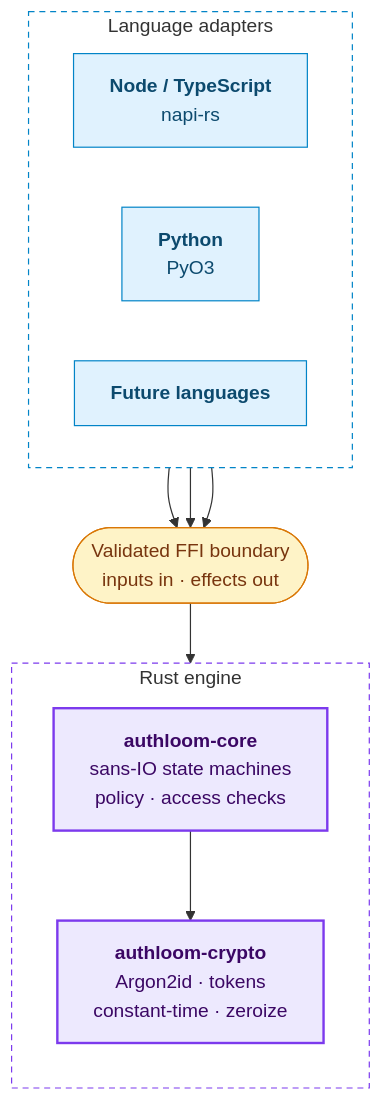
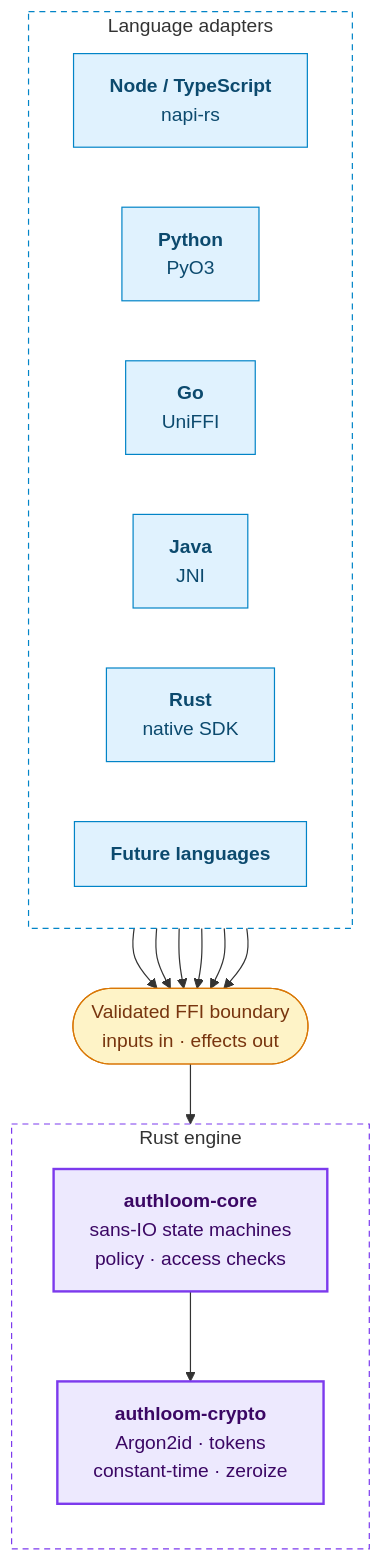
One commit to authfil/auth-fil changed the first of 2 diagrams in docs/src/content/docs/guides/architecture.md. Above: the diagram before and after it, drawn with Mermaid. The commit also changed other lines of this file and 3 other files, not shown here.

First line of the commit message:
docs: mention the go, java and rust adapters

````diff
--- a/docs/src/content/docs/guides/architecture.md
+++ b/docs/src/content/docs/guides/architecture.md
@@ -6,29 +6,32 @@
 ```mermaid
 flowchart TB
     subgraph adapters["Language adapters"]
         direction LR
         node["<b>Node / TypeScript</b><br/>napi-rs"]
         python["<b>Python</b><br/>PyO3"]
+        go["<b>Go</b><br/>UniFFI"]
+        java["<b>Java</b><br/>JNI"]
+        rust["<b>Rust</b><br/>native SDK"]
         more["<b>Future languages</b>"]
     end
 
     boundary(["Validated FFI boundary<br/>inputs in · effects out"])
 
     subgraph engine["Rust engine"]
         direction TB
         core["<b>authloom-core</b><br/>sans-IO state machines<br/>policy · access checks"]
         crypto["<b>authloom-crypto</b><br/>Argon2id · tokens<br/>constant-time · zeroize"]
         core --> crypto
     end
 
-    node & python & more --> boundary --> core
+    node & python & go & java & rust & more --> boundary --> core
 
     classDef adapter fill:#e0f2fe,stroke:#0284c7,color:#0c4a6e
     classDef port fill:#fef3c7,stroke:#d97706,color:#78350f
     classDef engine fill:#ede9fe,stroke:#7c3aed,color:#3b0764,stroke-width:2px
-    class node,python,more adapter
+    class node,python,go,java,rust,more adapter
     class boundary port
     class core,crypto engine
     style adapters fill:transparent,stroke:#0284c7,stroke-dasharray:5 4
     style engine fill:transparent,stroke:#7c3aed,stroke-dasharray:5 4
 ```
````
